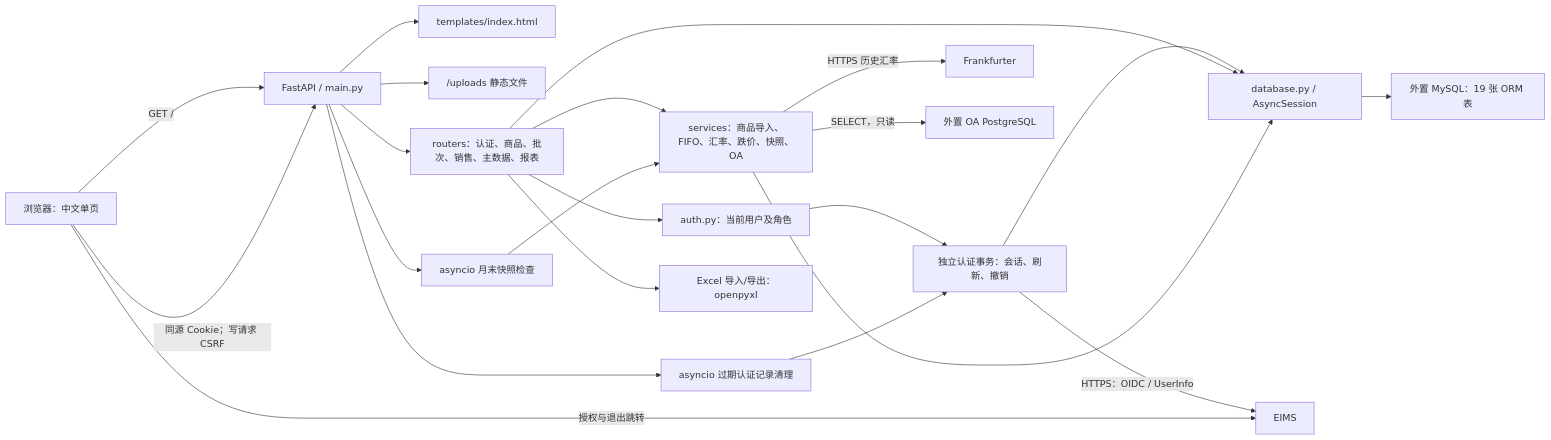
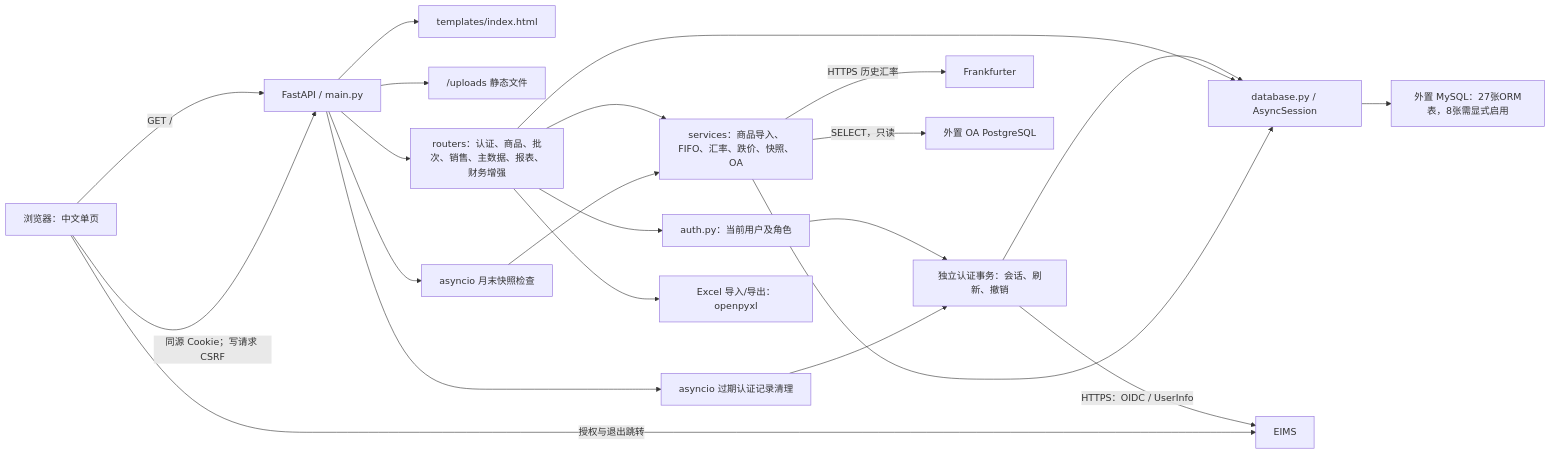
One commit to yueweiit/FastAPIProject changed the diagram in docs/knowledge/architecture.md. Above: the diagram before and after it, drawn with Mermaid. The commit also changed other lines of this file and 38 other files, not shown here.

````diff
--- a/docs/knowledge/architecture.md
+++ b/docs/knowledge/architecture.md
@@ -7,24 +7,24 @@
 ```mermaid
 flowchart LR
     U["浏览器：中文单页"] -->|"GET /"| A["FastAPI / main.py"]
     U -->|"同源 Cookie；写请求 CSRF"| A
     A --> T["templates/index.html"]
     A --> UP["/uploads 静态文件"]
-    A --> R["routers：认证、商品、批次、销售、主数据、报表"]
+    A --> R["routers：认证、商品、批次、销售、主数据、报表、财务增强"]
     R --> AU["auth.py：当前用户及角色"]
     R --> S["services：商品导入、FIFO、汇率、跌价、快照、OA"]
     AU --> SS["独立认证事务：会话、刷新、撤销"]
     SS --> DB
     SS -->|"HTTPS：OIDC / UserInfo"| EI["EIMS"]
     U -->|"授权与退出跳转"| EI
     R --> DB["database.py / AsyncSession"]
     S --> DB
-    DB --> M["外置 MySQL：19 张 ORM 表"]
+    DB --> M["外置 MySQL：27张ORM表，8张需显式启用"]
     S -->|"HTTPS 历史汇率"| FX["Frankfurter"]
     S -->|"SELECT，只读"| OA["外置 OA PostgreSQL"]
     A --> W["asyncio 月末快照检查"]
     A --> AW["asyncio 过期认证记录清理"]
     AW --> SS
     W --> S
     R --> XL["Excel 导入/导出：openpyxl"]
 ```
````
